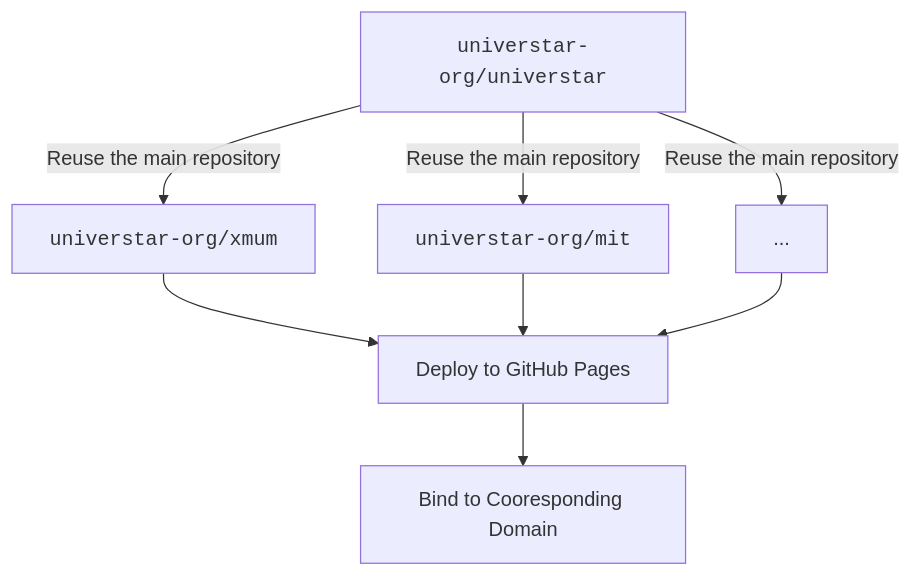
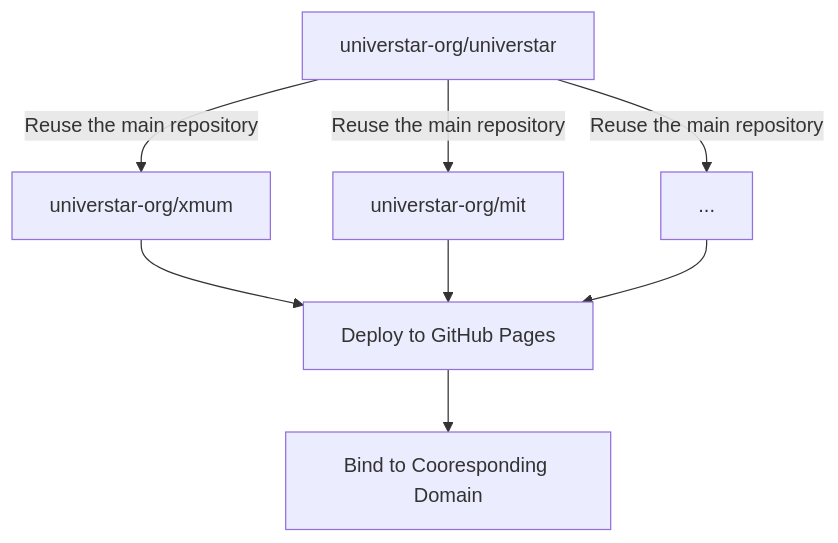
Before and after one commit to universtar-org/universtar: the diagram in CONTRIBUTING.md, drawn with Mermaid.

Commit message:
docs: remove `<code></code>` tags in mermaid

````diff
--- a/CONTRIBUTING.md
+++ b/CONTRIBUTING.md
@@ -5,11 +5,11 @@
 ```mermaid
 graph TD
-  main["<code>universtar-org/universtar</code>"]
+  main["universtar-org/universtar"]
   deploy["Deploy to GitHub Pages"]
   bind["Bind to Cooresponding Domain"]
 
-  main -->|Reuse the main repository| xmum["<code>universtar-org/xmum</code>"] --> deploy
-  main -->|Reuse the main repository| mit["<code>universtar-org/mit</code>"] --> deploy
+  main -->|Reuse the main repository| xmum["universtar-org/xmum"] --> deploy
+  main -->|Reuse the main repository| mit["universtar-org/mit"] --> deploy
   main -->|Reuse the main repository| dots[...] --> deploy
   deploy --> bind
 ```
````
